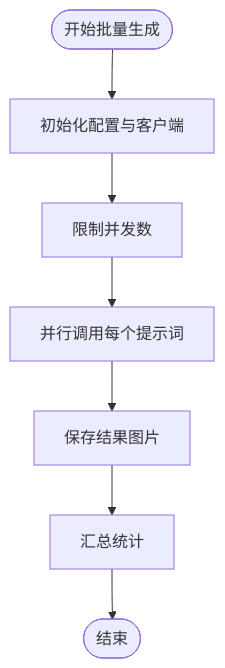
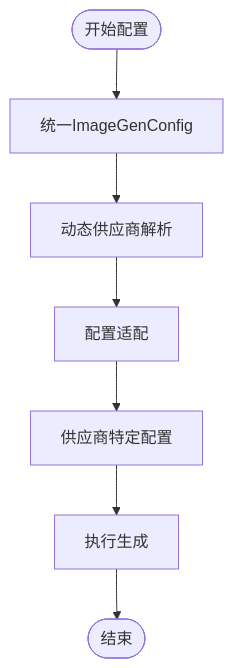
The third of 9 diagrams in .qoder/repowiki/zh/content/后端服务架构/业务服务层/媒体生成服务/图像生成系统.md (KunLabAI/KunFlix), drawn with Mermaid before and after one commit. The commit also changed other lines of this file and 13 other files, not shown here.

````diff
--- a/.qoder/repowiki/zh/content/后端服务架构/业务服务层/媒体生成服务/图像生成系统.md
+++ b/.qoder/repowiki/zh/content/后端服务架构/业务服务层/媒体生成服务/图像生成系统.md
@@ -166,9 +188,9 @@
 ```mermaid
 flowchart TD
-Start(["开始批量生成"]) --> Init["初始化配置与客户端"]
-Init --> Limit["限制并发数"]
-Limit --> Parallel["并行调用每个提示词"]
-Parallel --> Save["保存结果图片"]
-Save --> Aggregate["汇总统计"]
-Aggregate --> End(["结束"])
+Start(["开始配置"]) --> Unified["统一ImageGenConfig"]
+Unified --> Dynamic["动态供应商解析"]
+Dynamic --> Adapt["配置适配"]
+Adapt --> Provider["供应商特定配置"]
+Provider --> Execute["执行生成"]
+Execute --> End(["结束"])
 ```
````
